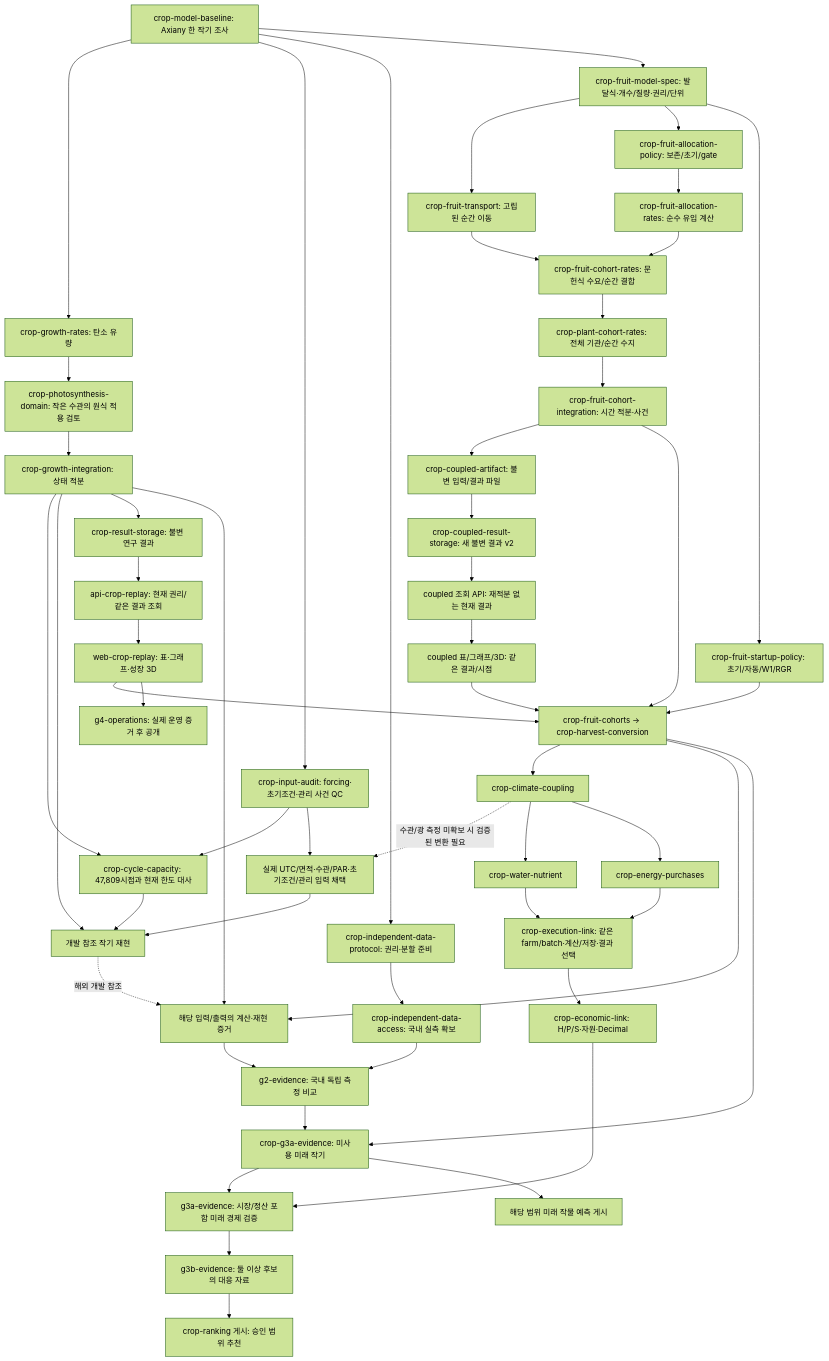
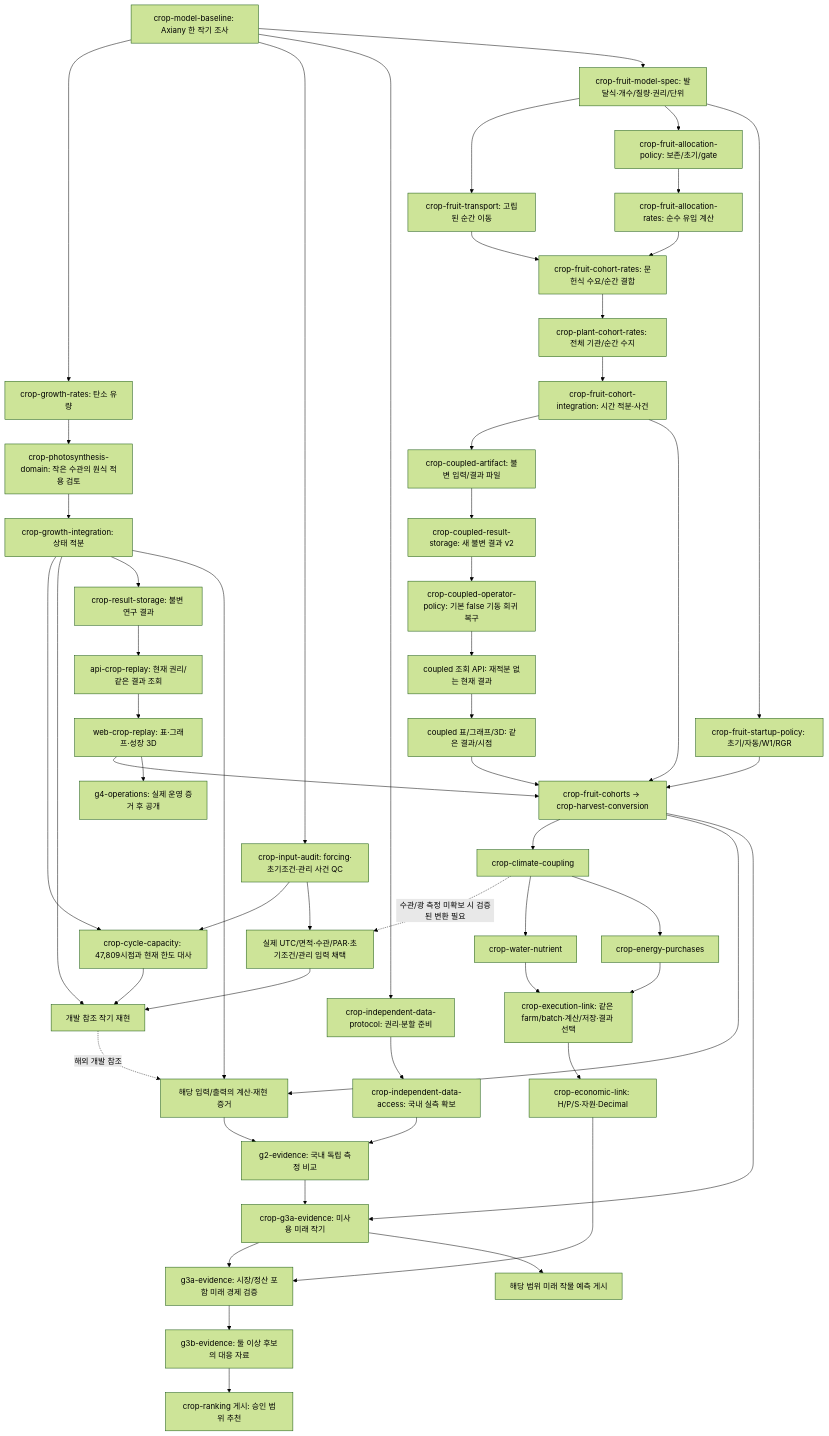
The first of 2 diagrams in tasks/plan.md (KIMSUNGHOON/OpenSmartFarmSim), drawn with Mermaid (forest theme) before and after one commit. The commit also changed other lines of this file and 6 other files, not shown here.

Commit message:
fix: keep default coupled storage policy compatible with operator API

````diff
--- a/tasks/plan.md
+++ b/tasks/plan.md
@@ -38,55 +42,56 @@
 ```mermaid
 flowchart TD
   B["crop-model-baseline: Axiany 한 작기 조사"] --> R["crop-growth-rates: 탄소 유량"]
   B --> Q["crop-input-audit: forcing·초기조건·관리 사건 QC"]
   B --> AP["crop-independent-data-protocol: 권리·분할 준비"]
   AP --> A["crop-independent-data-access: 국내 실측 확보"]
   R --> D["crop-photosynthesis-domain: 작은 수관의 원식 적용 검토"]
   D --> I["crop-growth-integration: 상태 적분"]
   Q --> CAP["crop-cycle-capacity: 47,809시점과 현재 한도 대사"]
   I --> CAP
   CAP --> X["개발 참조 작기 재현"]
   Q --> AQ["실제 UTC/면적·수관/PAR·초기조건/관리 입력 채택"]
   AQ --> X
   I --> X
   I --> S["crop-result-storage: 불변 연구 결과"]
   S --> API["api-crop-replay: 현재 권리/같은 결과 조회"]
   API --> V["web-crop-replay: 표·그래프·성장 3D"]
   B --> FM["crop-fruit-model-spec: 발달식·개수/질량·권리/단위"]
   FM --> FT["crop-fruit-transport: 고립된 순간 이동"]
   FM --> FP["crop-fruit-allocation-policy: 보존/초기/gate"]
   FT --> CR["crop-fruit-cohort-rates: 문헌식 수요/순간 결합"]
   FP --> FA["crop-fruit-allocation-rates: 순수 유입 계산"]
   FA --> CR
   CR --> PC["crop-plant-cohort-rates: 전체 기관/순간 수지"]
   PC --> CI["crop-fruit-cohort-integration: 시간 적분·사건"]
   CI --> AF["crop-coupled-artifact: 불변 입력/결과 파일"]
   AF --> CS["crop-coupled-result-storage: 새 불변 결과 v2"]
-  CS --> CA["coupled 조회 API: 재적분 없는 현재 결과"]
+  CS --> CP["crop-coupled-operator-policy: 기본 false 기동 회귀 복구"]
+  CP --> CA["coupled 조회 API: 재적분 없는 현재 결과"]
   CA --> CV["coupled 표/그래프/3D: 같은 결과/시점"]
   FM --> ST["crop-fruit-startup-policy: 초기/자동/W1/RGR"]
   CI --> F["crop-fruit-cohorts → crop-harvest-conversion"]
   ST --> F
   V --> F
   CV --> F
   F --> C["crop-climate-coupling"]
   C -. 수관/광 측정 미확보 시 검증된 변환 필요 .-> AQ
   C --> W["crop-water-nutrient"]
   C --> E["crop-energy-purchases"]
   W --> L["crop-execution-link: 같은 farm/batch·계산/저장·결과 선택"]
   E --> L
   L --> M["crop-economic-link: H/P/S·자원·Decimal"]
   A --> G2["g2-evidence: 국내 독립 측정 비교"]
   I --> CALC["해당 입력/출력의 계산·재현 증거"]
   F --> CALC
   X -. 해외 개발 참조 .-> CALC
   CALC --> G2
   G2 --> G3A["crop-g3a-evidence: 미사용 미래 작기"]
   F --> G3A
   M --> EC["g3a-evidence: 시장/정산 포함 미래 경제 검증"]
   G3A --> EC
   G3A --> P["해당 범위 미래 작물 예측 게시"]
   EC --> PAIR["g3b-evidence: 둘 이상 후보의 대응 자료"]
   PAIR --> REC["crop-ranking 게시: 승인 범위 추천"]
   V --> PUB["g4-operations: 실제 운영 증거 후 공개"]
 ```
````
